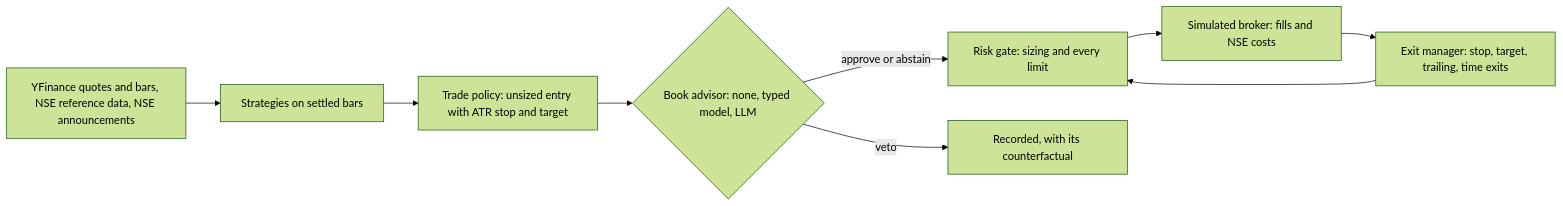
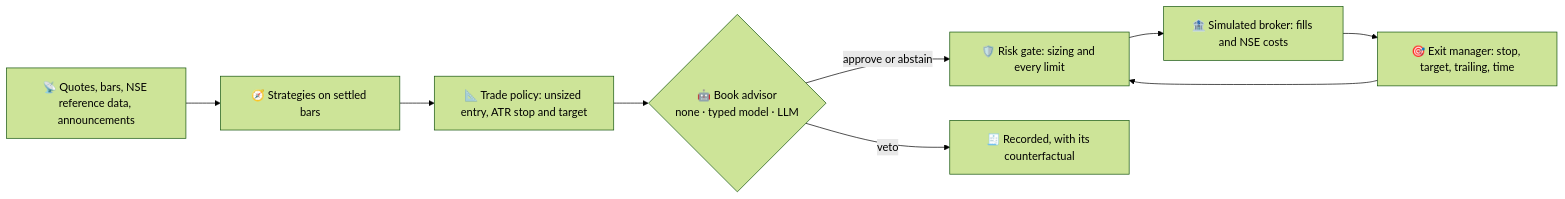
Before and after one commit to HimanshuMohanty-Git24/RakshaQuant: the diagram in README.md, drawn with Mermaid (forest theme). The commit also changed other lines of this file and 1 other file, not shown here.

````diff
--- a/README.md
+++ b/README.md
@@ -87,11 +164,11 @@
 ```mermaid
 flowchart LR
-  D[YFinance quotes and bars, NSE reference data, NSE announcements] --> S[Strategies on settled bars]
-  S --> P[Trade policy: unsized entry with ATR stop and target]
-  P --> V{Book advisor: none, typed model, LLM}
-  V -->|approve or abstain| R[Risk gate: sizing and every limit]
-  V -->|veto| X[Recorded, with its counterfactual]
-  R --> B[Simulated broker: fills and NSE costs]
-  B --> E[Exit manager: stop, target, trailing, time exits]
+  D["📡 Quotes, bars, NSE reference data, announcements"] --> S["🧭 Strategies on settled bars"]
+  S --> P["📐 Trade policy: unsized entry, ATR stop and target"]
+  P --> V{"🤖 Book advisor<br/>none · typed model · LLM"}
+  V -->|approve or abstain| R["🛡️ Risk gate: sizing and every limit"]
+  V -->|veto| X["🧾 Recorded, with its counterfactual"]
+  R --> B["🏦 Simulated broker: fills and NSE costs"]
+  B --> E["🎯 Exit manager: stop, target, trailing, time"]
   E --> R
 ```
````
